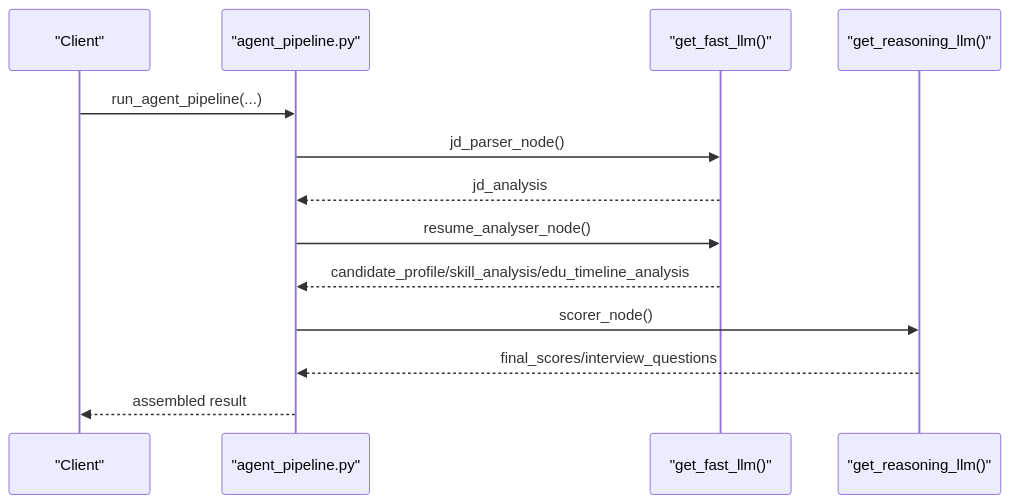
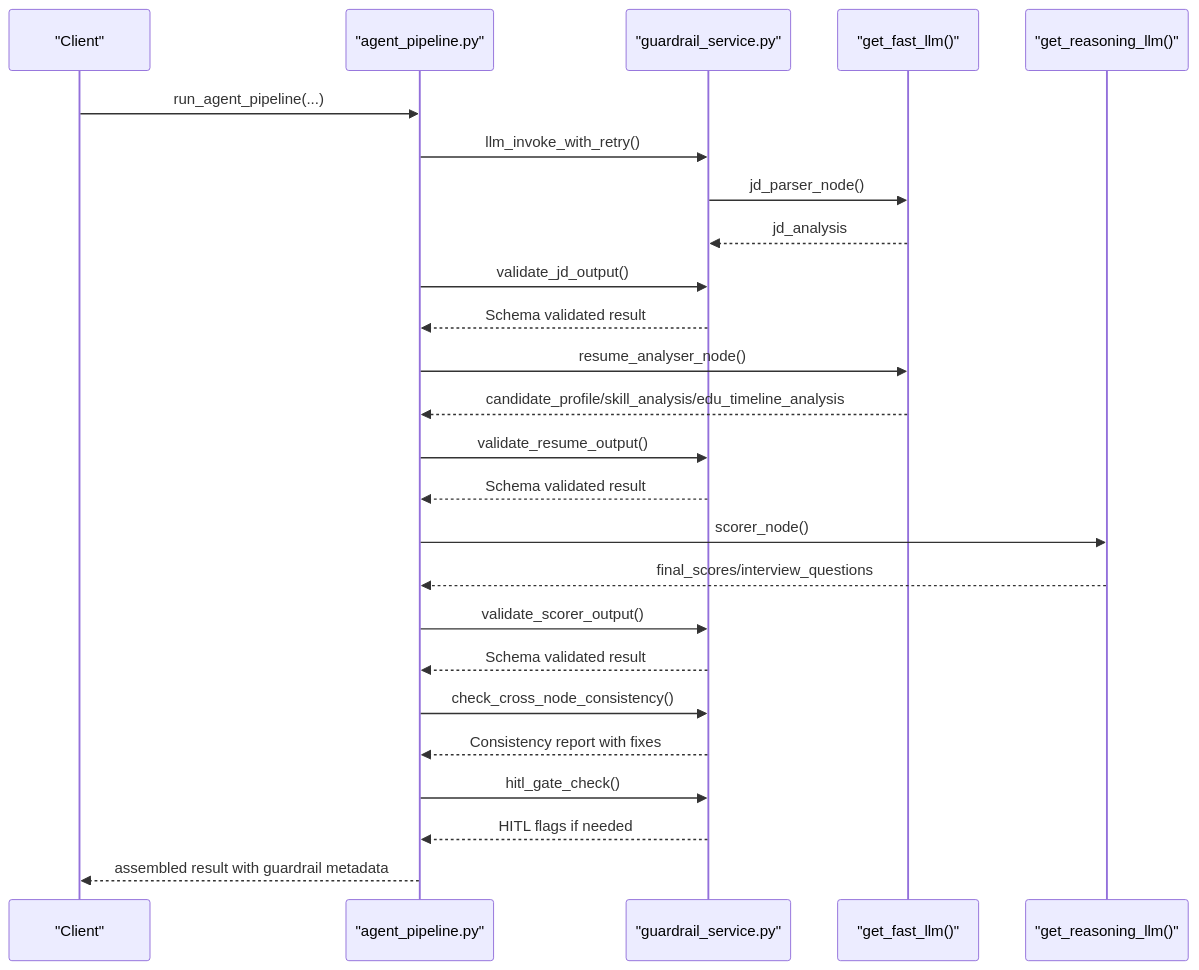
One commit to Revanththetalogics/aireume changed the fourth of 29 diagrams in .qoder/repowiki/en/content/Analysis Engine/Analysis Engine.md. Above: the diagram before and after it, drawn with Mermaid. The commit also changed other lines of this file and 21 other files, not shown here.

````diff
--- a/.qoder/repowiki/en/content/Analysis Engine/Analysis Engine.md
+++ b/.qoder/repowiki/en/content/Analysis Engine/Analysis Engine.md
@@ -279,15 +298,27 @@
 ```mermaid
 sequenceDiagram
 participant Client as "Client"
 participant Agent as "agent_pipeline.py"
+participant Guardrail as "guardrail_service.py"
 participant Fast as "get_fast_llm()"
 participant Reason as "get_reasoning_llm()"
 Client->>Agent : run_agent_pipeline(...)
-Agent->>Fast : jd_parser_node()
-Fast-->>Agent : jd_analysis
+Agent->>Guardrail : llm_invoke_with_retry()
+Guardrail->>Fast : jd_parser_node()
+Fast-->>Guardrail : jd_analysis
+Agent->>Guardrail : validate_jd_output()
+Guardrail-->>Agent : Schema validated result
 Agent->>Fast : resume_analyser_node()
 Fast-->>Agent : candidate_profile/skill_analysis/edu_timeline_analysis
+Agent->>Guardrail : validate_resume_output()
+Guardrail-->>Agent : Schema validated result
 Agent->>Reason : scorer_node()
 Reason-->>Agent : final_scores/interview_questions
-Agent-->>Client : assembled result
+Agent->>Guardrail : validate_scorer_output()
+Guardrail-->>Agent : Schema validated result
+Agent->>Guardrail : check_cross_node_consistency()
+Guardrail-->>Agent : Consistency report with fixes
+Agent->>Guardrail : hitl_gate_check()
+Guardrail-->>Agent : HITL flags if needed
+Agent-->>Client : assembled result with guardrail metadata
 ```
````
